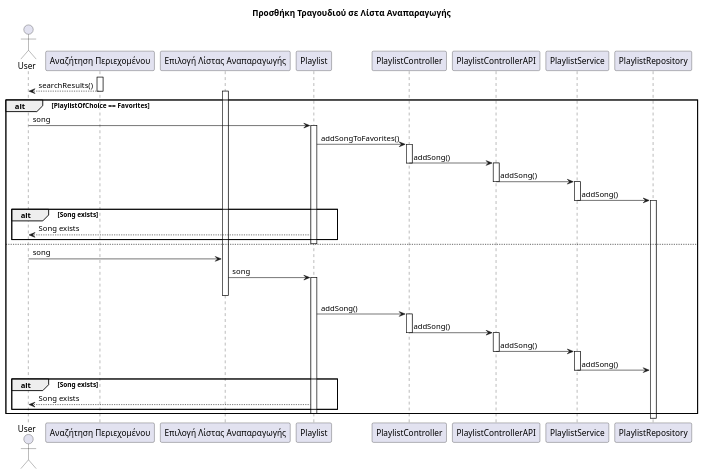
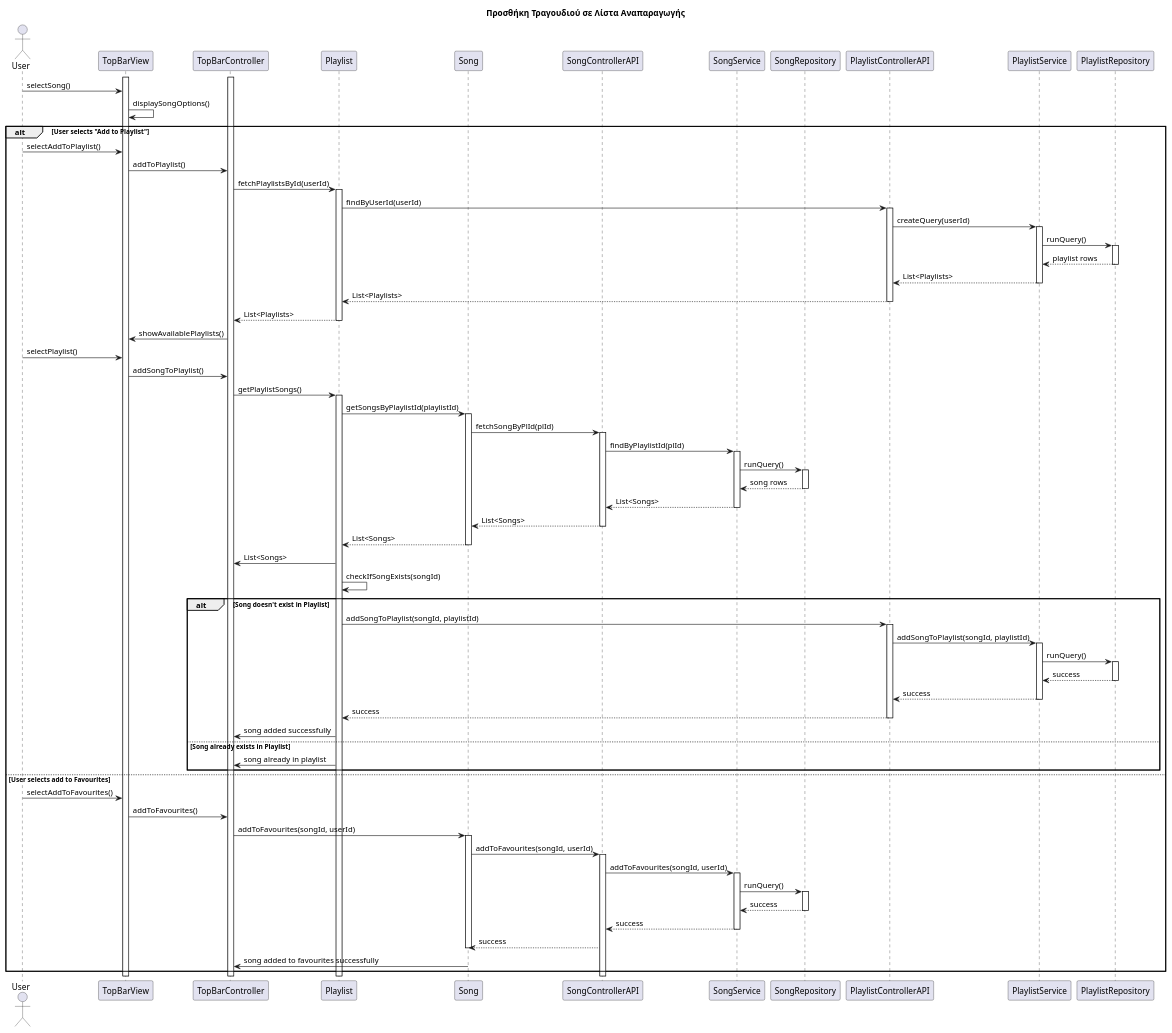
Before and after one commit to RubenKingCP/Namify: the diagram in Paradoteo_2/SequenceDiagrams_v0.1/SequenceDiagram10.puml, drawn with PlantUML. The commit also changed 1 other file, not shown here.

Commit message:
Made changes to the sequence diagrams

```diff
--- a/Paradoteo_2/SequenceDiagrams_v0.1/SequenceDiagram10.puml
+++ b/Paradoteo_2/SequenceDiagrams_v0.1/SequenceDiagram10.puml
@@ -1,55 +1,104 @@
 @startuml name
 
 title Προσθήκη Τραγουδιού σε Λίστα Αναπαραγωγής
 
+'Υποθετουμε οτι εχουμε είδη βρει την ΛΑ
+
 actor User 
-participant "Αναζήτηση Περιεχομένου" as Search
-participant "Επιλογή Λίστας Αναπαραγωγής" as PlaylistOfChoice
+participant TopBarView
+participant TopBarController
 participant Playlist 
-participant PlaylistController
+participant Song
+participant SongControllerAPI
+participant SongService
+participant SongRepository
 participant PlaylistControllerAPI
 participant PlaylistService
 participant PlaylistRepository
-activate Search
-Search --> User : searchResults()
-deactivate Search
-activate PlaylistOfChoice
-alt PlaylistOfChoice == Favorites
-    User -> Playlist : song
-    activate Playlist
-    Playlist -> PlaylistController : addSongToFavorites()
-    activate PlaylistController
-    PlaylistController -> PlaylistControllerAPI : addSong()
-    deactivate PlaylistController
-    activate PlaylistControllerAPI
-    PlaylistControllerAPI -> PlaylistService : addSong()
-    deactivate PlaylistControllerAPI
-    activate PlaylistService
-    PlaylistService -> PlaylistRepository : addSong()
-    deactivate PlaylistService
-    activate PlaylistRepository
-    alt Song exists 
-        Playlist --> User : Song exists
-    end
-    deactivate Playlist
-else
-    User -> PlaylistOfChoice : song
-    PlaylistOfChoice -> Playlist : song
-    activate Playlist
-    deactivate PlaylistOfChoice
-    Playlist -> PlaylistController : addSong()
-    activate PlaylistController
-    PlaylistController -> PlaylistControllerAPI : addSong()
-    deactivate PlaylistController
-    activate PlaylistControllerAPI
-    PlaylistControllerAPI -> PlaylistService : addSong()
-    deactivate PlaylistControllerAPI
-    activate PlaylistService
-    PlaylistService -> PlaylistRepository : addSong()
-    deactivate PlaylistService
-    alt Song exists 
-        Playlist --> User : Song exists
-    end
-    deactivate Playlist
+
+
+activate TopBarController
+activate TopBarView
+User -> TopBarView : selectSong()
+TopBarView -> TopBarView : displaySongOptions()
+alt User selects "Add to Playlist"
+User -> TopBarView : selectAddToPlaylist()
+TopBarView -> TopBarController : addToPlaylist()
+TopBarController -> Playlist : fetchPlaylistsById(userId)
+activate Playlist
+Playlist -> PlaylistControllerAPI : findByUserId(userId)
+activate PlaylistControllerAPI
+PlaylistControllerAPI -> PlaylistService : createQuery(userId)
+activate PlaylistService
+PlaylistService -> PlaylistRepository : runQuery()
+activate PlaylistRepository
+PlaylistRepository --> PlaylistService : playlist rows
+deactivate PlaylistRepository
+PlaylistService --> PlaylistControllerAPI : List<Playlists>
+deactivate PlaylistService
+PlaylistControllerAPI --> Playlist : List<Playlists>
+deactivate PlaylistControllerAPI
+Playlist --> TopBarController : List<Playlists>
+deactivate Playlist
+TopBarController -> TopBarView : showAvailablePlaylists()
+User -> TopBarView : selectPlaylist()
+TopBarView -> TopBarController : addSongToPlaylist()
+TopBarController -> Playlist : getPlaylistSongs()
+activate Playlist
+Playlist -> Song : getSongsByPlaylistId(playlistId)
+activate Song
+Song -> SongControllerAPI : fetchSongByPlId(plId)
+activate SongControllerAPI
+SongControllerAPI -> SongService : findByPlaylistId(plId)
+activate SongService
+SongService -> SongRepository : runQuery()
+activate SongRepository
+SongRepository --> SongService : song rows
+deactivate SongRepository
+SongService --> SongControllerAPI : List<Songs>
+deactivate SongService
+SongControllerAPI --> Song : List<Songs>
+deactivate SongControllerAPI
+Song --> Playlist : List<Songs>
+deactivate Song
+Playlist -> TopBarController : List<Songs>
+Playlist -> Playlist : checkIfSongExists(songId)
+alt Song doesn't exist in Playlist
+Playlist -> PlaylistControllerAPI : addSongToPlaylist(songId, playlistId)
+activate PlaylistControllerAPI
+PlaylistControllerAPI -> PlaylistService : addSongToPlaylist(songId, playlistId)
+activate PlaylistService
+PlaylistService -> PlaylistRepository : runQuery()
+activate PlaylistRepository
+PlaylistRepository --> PlaylistService : success
+deactivate PlaylistRepository
+PlaylistService --> PlaylistControllerAPI : success
+deactivate PlaylistService
+PlaylistControllerAPI --> Playlist : success
+deactivate PlaylistControllerAPI
+Playlist -> TopBarController : song added successfully
+else Song already exists in Playlist
+Playlist -> TopBarController : song already in playlist
 end
+else User selects add to Favourites
+User -> TopBarView : selectAddToFavourites()
+TopBarView -> TopBarController : addToFavourites()
+TopBarController -> Song : addToFavourites(songId, userId)
+activate Song
+Song -> SongControllerAPI : addToFavourites(songId, userId)
+activate SongControllerAPI
+SongControllerAPI -> SongService : addToFavourites(songId, userId)
+activate SongService
+SongService -> SongRepository : runQuery()
+activate SongRepository
+SongRepository --> SongService : success
+deactivate SongRepository
+SongService --> SongControllerAPI : success
+deactivate SongService
+SongControllerAPI --> Song : success
+deactivate Song
+Song -> TopBarController : song added to favourites successfully
+end 
+
+
 @enduml 
```
